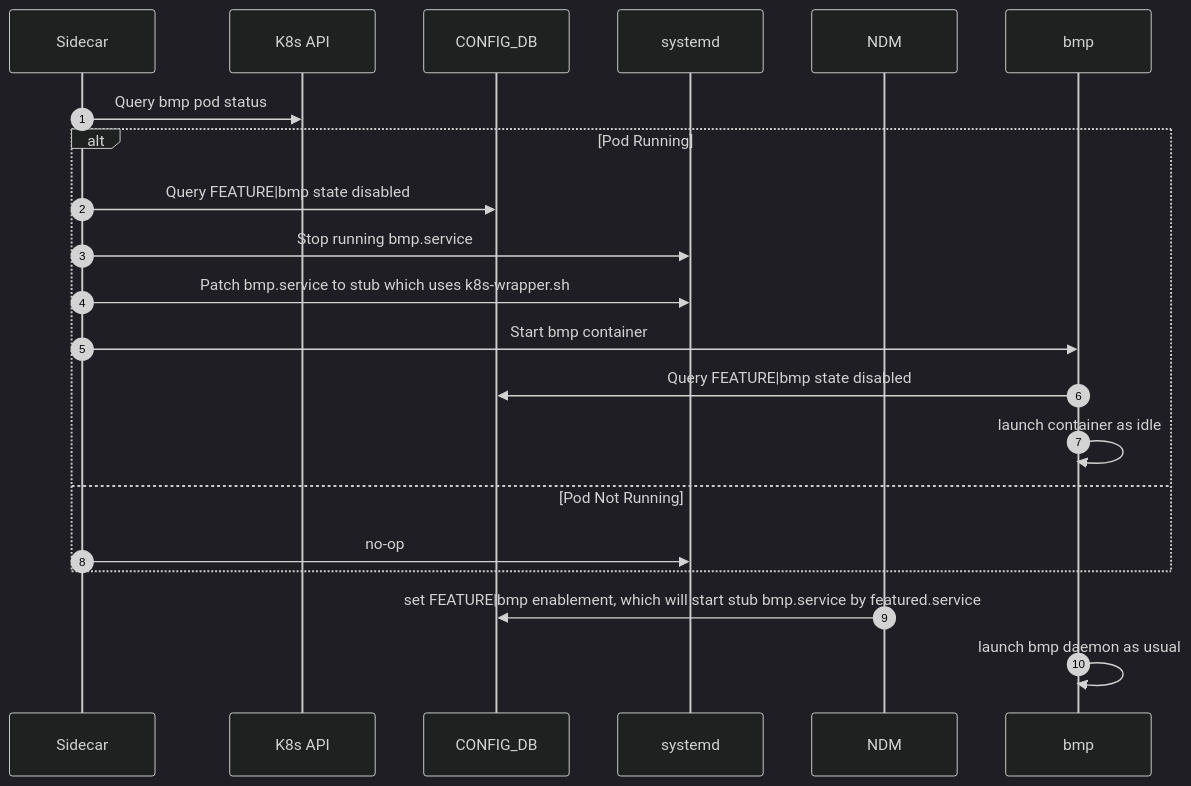
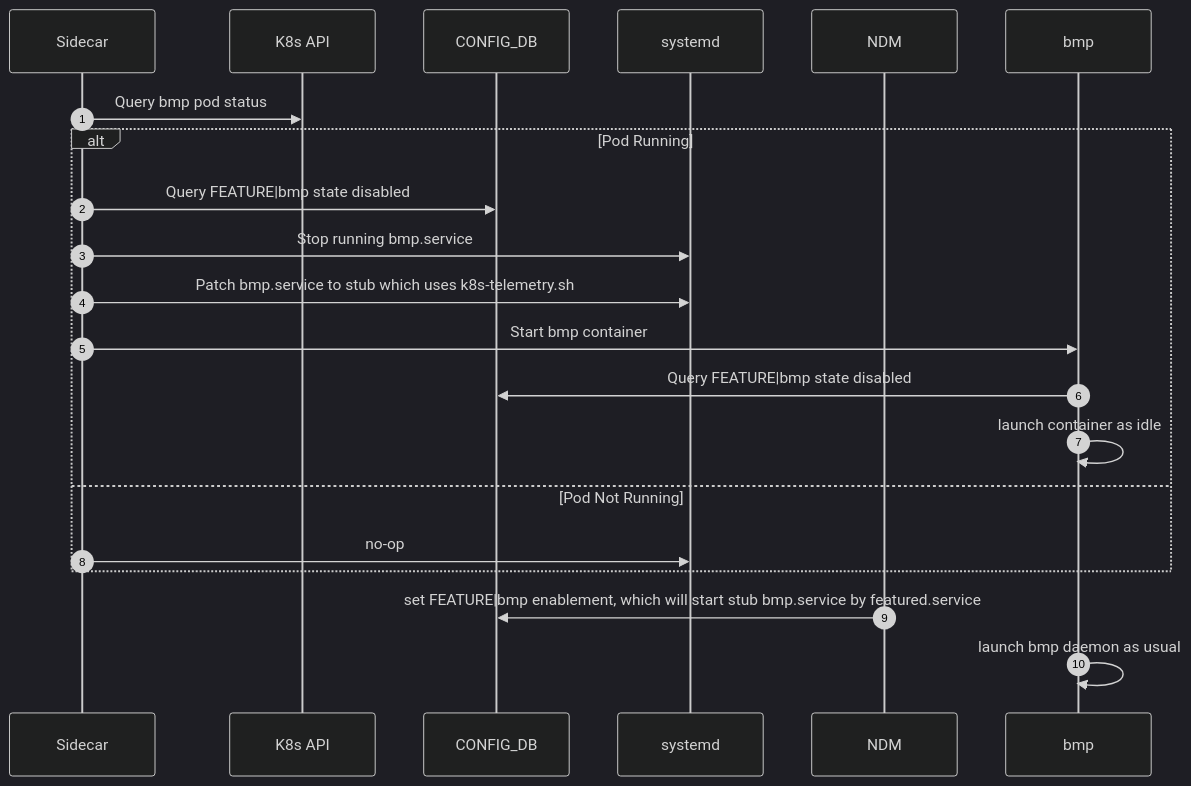
One commit to sonic-net/SONiC changed the third of 5 diagrams in doc/bmp/k8s_migration_design.md. Above: the diagram before and after it, drawn with Mermaid (dark theme). The commit also changed other lines of this file and 1 other file, not shown here.

````diff
--- a/doc/bmp/k8s_migration_design.md
+++ b/doc/bmp/k8s_migration_design.md
@@ -89,25 +315,25 @@
 ```mermaid
 sequenceDiagram
     autonumber
     participant Sidecar
     participant K8s API
     participant CONFIG_DB
     participant systemd
     participant NDM
     participant bmp
 
     Sidecar->>K8s API: Query bmp pod status
     alt Pod Running
         Sidecar->>CONFIG_DB: Query FEATURE|bmp state disabled
         Sidecar->>systemd: Stop running bmp.service
-        Sidecar->>systemd: Patch bmp.service to stub which uses k8s-wrapper.sh
+        Sidecar->>systemd: Patch bmp.service to stub which uses k8s-telemetry.sh
         Sidecar->>bmp: Start bmp container
         bmp->>CONFIG_DB: Query FEATURE|bmp state disabled
         bmp->>bmp: launch container as idle
     else Pod Not Running
         Sidecar->>systemd: no-op
     end
     NDM->>CONFIG_DB: set FEATURE|bmp enablement, which will start stub bmp.service by featured.service
     bmp->>bmp: launch bmp daemon as usual
 
 ```
````
